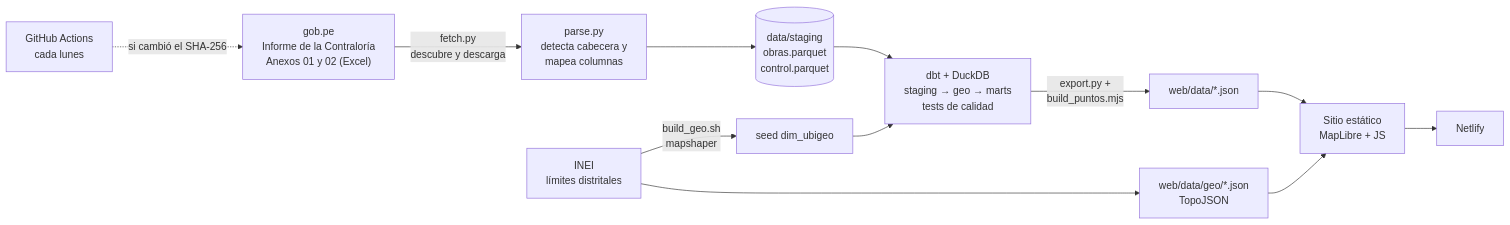
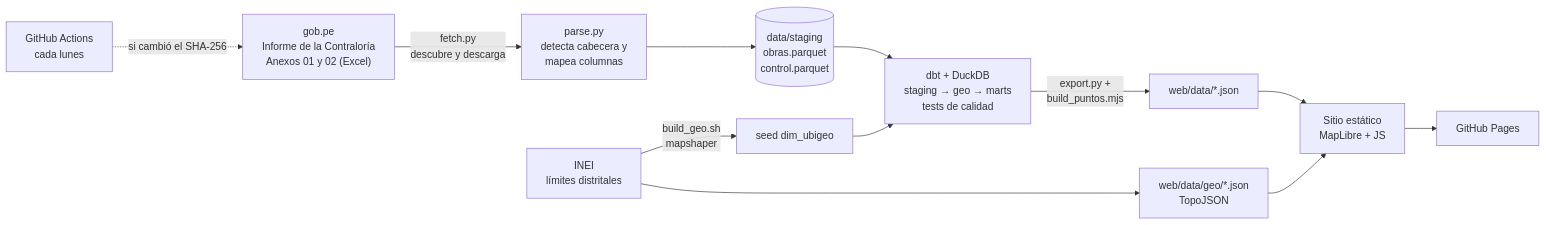
Before and after one commit to Key-qr/obra-parada: the diagram in README.md, drawn with Mermaid. The commit also changed other lines of this file and 7 other files, not shown here.

First line of the commit message:
publicar en GitHub Pages

````diff
--- a/README.md
+++ b/README.md
@@ -78,14 +78,14 @@
 ```mermaid
 flowchart LR
     A["gob.pe<br/>Informe de la Contraloría<br/>Anexos 01 y 02 (Excel)"] -->|"fetch.py<br/>descubre y descarga"| B["parse.py<br/>detecta cabecera y<br/>mapea columnas"]
     B --> C[("data/staging<br/>obras.parquet<br/>control.parquet")]
     G["INEI<br/>límites distritales"] -->|"build_geo.sh<br/>mapshaper"| S["seed dim_ubigeo"]
     C --> D["dbt + DuckDB<br/>staging → geo → marts<br/>tests de calidad"]
     S --> D
     D -->|"export.py +<br/>build_puntos.mjs"| E["web/data/*.json"]
     G --> T["web/data/geo/*.json<br/>TopoJSON"]
     E --> W["Sitio estático<br/>MapLibre + JS"]
     T --> W
-    W --> N["Netlify"]
+    W --> N["GitHub Pages"]
     GH["GitHub Actions<br/>cada lunes"] -.->|"si cambió el SHA-256"| A
 ```
````
